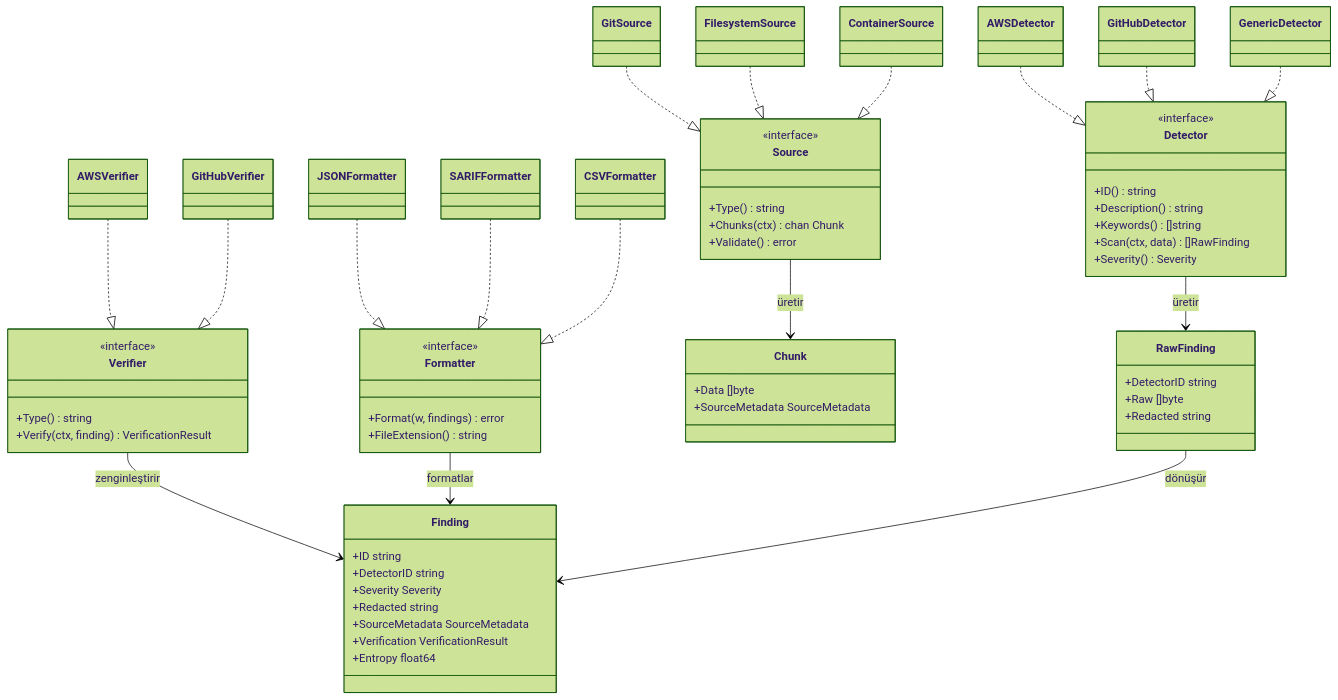
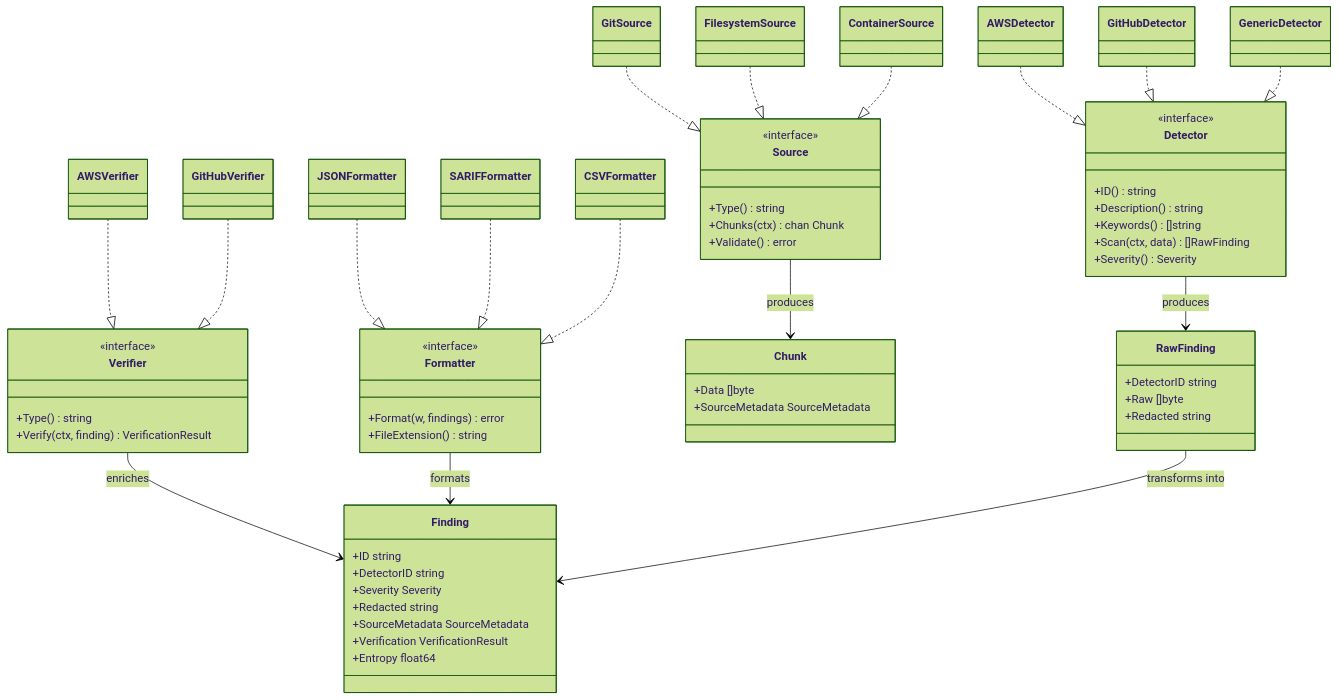
One commit to actions-marketplace-validations/HodeTech_Leakwatch changed the second of 8 diagrams in docs/architecture/03-ARCHITECTURE.md. Above: the diagram before and after it, drawn with Mermaid (forest theme). The commit also changed other lines of this file and 44 other files, not shown here.

````diff
--- a/docs/architecture/03-ARCHITECTURE.md
+++ b/docs/architecture/03-ARCHITECTURE.md
@@ -56,72 +56,72 @@
 ```mermaid
 classDiagram
     class Source {
         <<interface>>
         +Type() string
         +Chunks(ctx) chan Chunk
         +Validate() error
     }
 
     class Detector {
         <<interface>>
         +ID() string
         +Description() string
         +Keywords() []string
         +Scan(ctx, data) []RawFinding
         +Severity() Severity
     }
 
     class Verifier {
         <<interface>>
         +Type() string
         +Verify(ctx, finding) VerificationResult
     }
 
     class Formatter {
         <<interface>>
         +Format(w, findings) error
         +FileExtension() string
     }
 
     class Chunk {
         +Data []byte
         +SourceMetadata SourceMetadata
     }
 
     class RawFinding {
         +DetectorID string
         +Raw []byte
         +Redacted string
     }
 
     class Finding {
         +ID string
         +DetectorID string
         +Severity Severity
         +Redacted string
         +SourceMetadata SourceMetadata
         +Verification VerificationResult
         +Entropy float64
     }
 
-    Source --> Chunk : üretir
-    Detector --> RawFinding : üretir
-    Verifier --> Finding : zenginleştirir
-    Formatter --> Finding : formatlar
-    RawFinding --> Finding : dönüşür
+    Source --> Chunk : produces
+    Detector --> RawFinding : produces
+    Verifier --> Finding : enriches
+    Formatter --> Finding : formats
+    RawFinding --> Finding : transforms into
 
     GitSource ..|> Source
     FilesystemSource ..|> Source
     ContainerSource ..|> Source
 
     AWSDetector ..|> Detector
     GitHubDetector ..|> Detector
     GenericDetector ..|> Detector
 
     AWSVerifier ..|> Verifier
     GitHubVerifier ..|> Verifier
 
     JSONFormatter ..|> Formatter
     SARIFFormatter ..|> Formatter
     CSVFormatter ..|> Formatter
 ```
````
